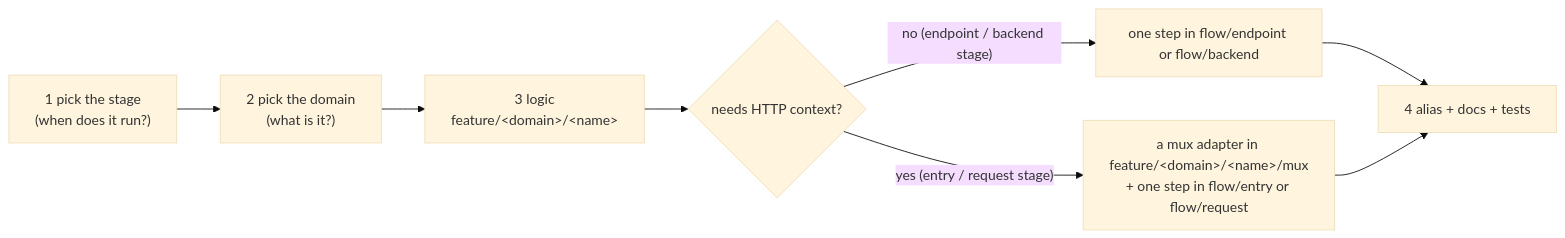
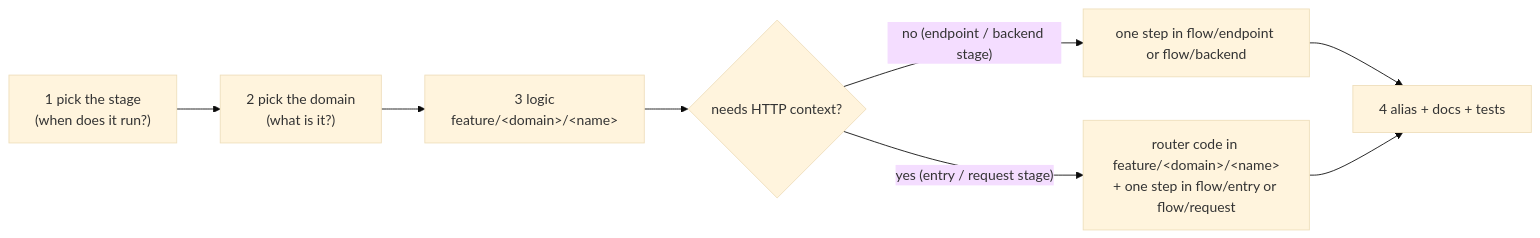
The diagram in docs/guides/add-a-feature.md (9edang/inkgate), drawn with Mermaid (base theme) before and after one commit. The commit also changed other lines of this file and 305 other files, not shown here.

````diff
--- a/docs/guides/add-a-feature.md
+++ b/docs/guides/add-a-feature.md
@@ -5,9 +5,9 @@
 ```mermaid
 flowchart LR
     A["1 pick the stage<br/>(when does it run?)"] --> B["2 pick the domain<br/>(what is it?)"]
     B --> C["3 logic<br/>feature/&lt;domain&gt;/&lt;name&gt;"]
     C --> D{"needs HTTP context?"}
     D -- "no (endpoint / backend stage)" --> E["one step in flow/endpoint or flow/backend"]
-    D -- "yes (entry / request stage)" --> F["a mux adapter in feature/&lt;domain&gt;/&lt;name&gt;/mux<br/>+ one step in flow/entry or flow/request"]
+    D -- "yes (entry / request stage)" --> F["router code in feature/&lt;domain&gt;/&lt;name&gt;<br/>+ one step in flow/entry or flow/request"]
     E & F --> G["4 alias + docs + tests"]
 ```
````
